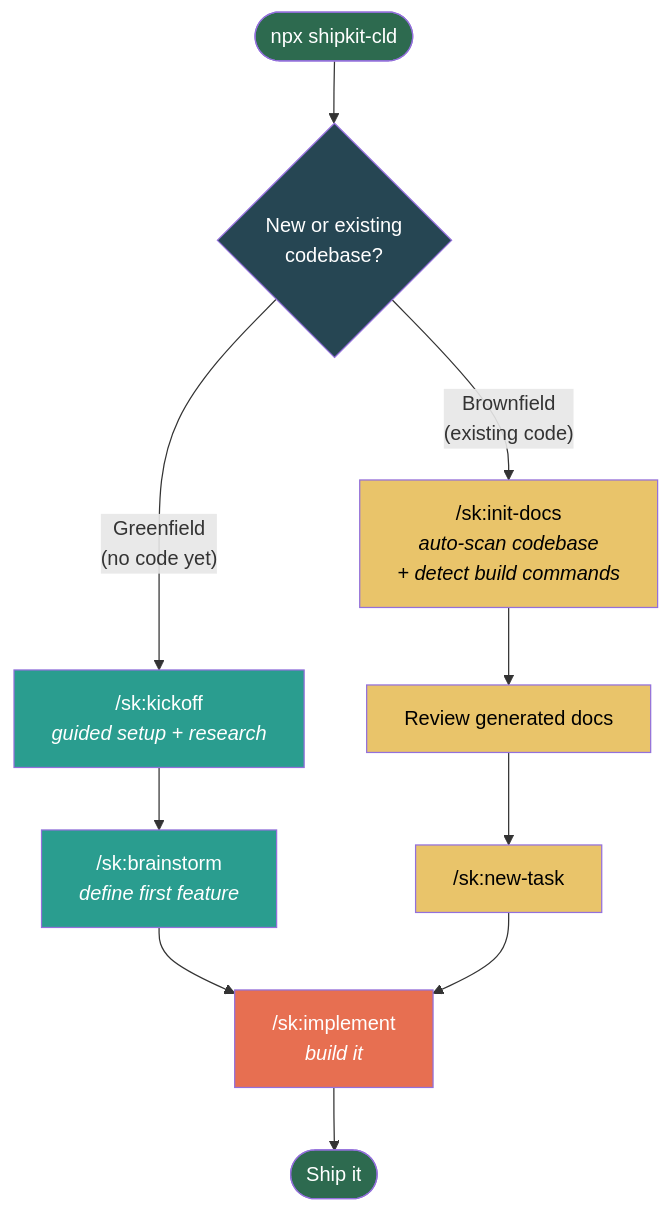
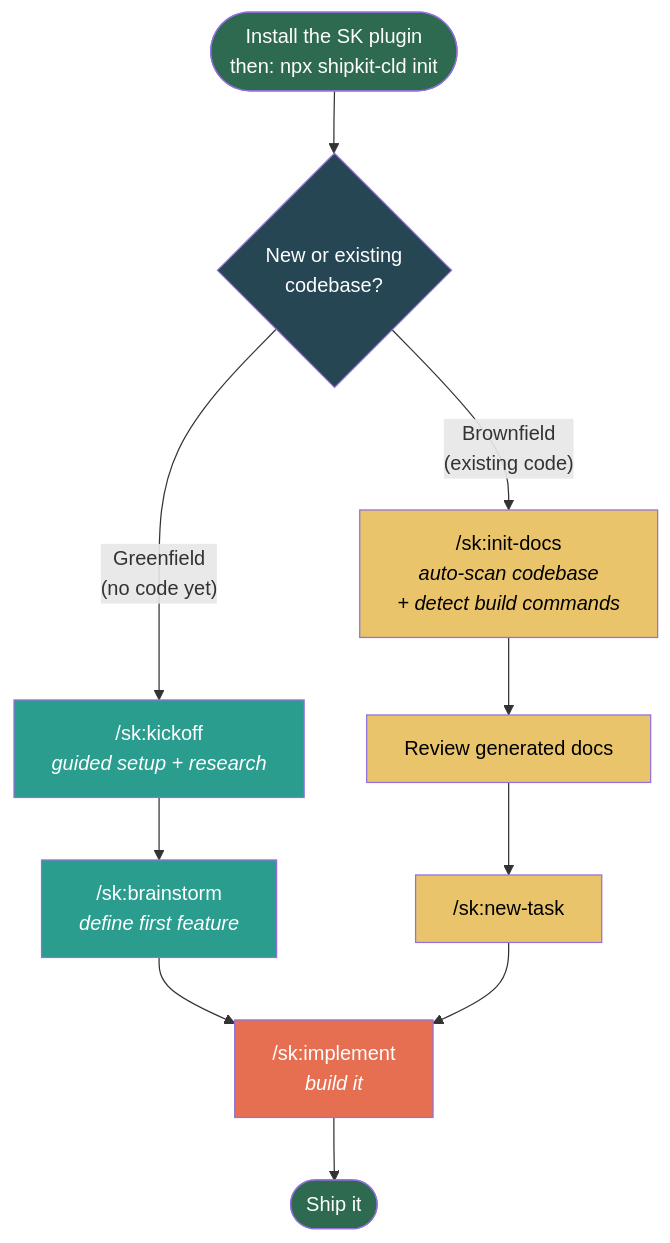
Before and after one commit to moniav/sk: the diagram in assets/src/getting-started.mmd, drawn with Mermaid. The commit also changed 55 other files, not shown here.

First line of the commit message:
docs: bring SK's docs, flows and diagrams up to date

```diff
--- a/assets/src/getting-started.mmd
+++ b/assets/src/getting-started.mmd
@@ -1,24 +1,24 @@
 flowchart TD
-    Start(["npx shipkit-cld"]) --> Q{"New or existing<br/>codebase?"}
+    Start(["Install the SK plugin<br/>then: npx shipkit-cld init"]) --> Q{"New or existing<br/>codebase?"}
 
     Q -->|"Greenfield<br/>(no code yet)"| GF1["/sk:kickoff<br/><i>guided setup + research</i>"]
     GF1 --> GF2["/sk:brainstorm<br/><i>define first feature</i>"]
     GF2 --> Impl
 
     Q -->|"Brownfield<br/>(existing code)"| BF1["/sk:init-docs<br/><i>auto-scan codebase<br/>+ detect build commands</i>"]
     BF1 --> BF2["Review generated docs"]
     BF2 --> BF3["/sk:new-task"]
     BF3 --> Impl
 
     Impl["/sk:implement<br/><i>build it</i>"]
     Impl --> Ship(["Ship it"])
 
     style Start fill:#2d6a4f,color:#fff
     style Ship fill:#2d6a4f,color:#fff
     style Q fill:#264653,color:#fff
     style Impl fill:#e76f51,color:#fff
     style GF1 fill:#2a9d8f,color:#fff
     style GF2 fill:#2a9d8f,color:#fff
     style BF1 fill:#e9c46a,color:#000
     style BF2 fill:#e9c46a,color:#000
     style BF3 fill:#e9c46a,color:#000
```
